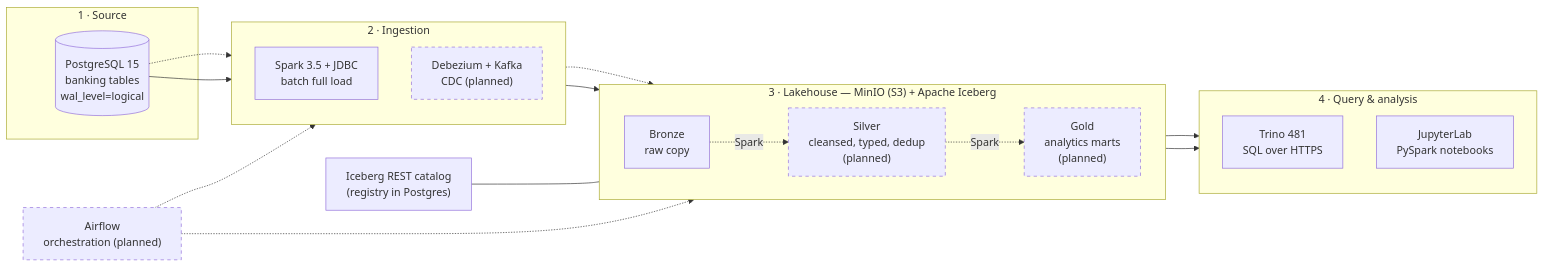
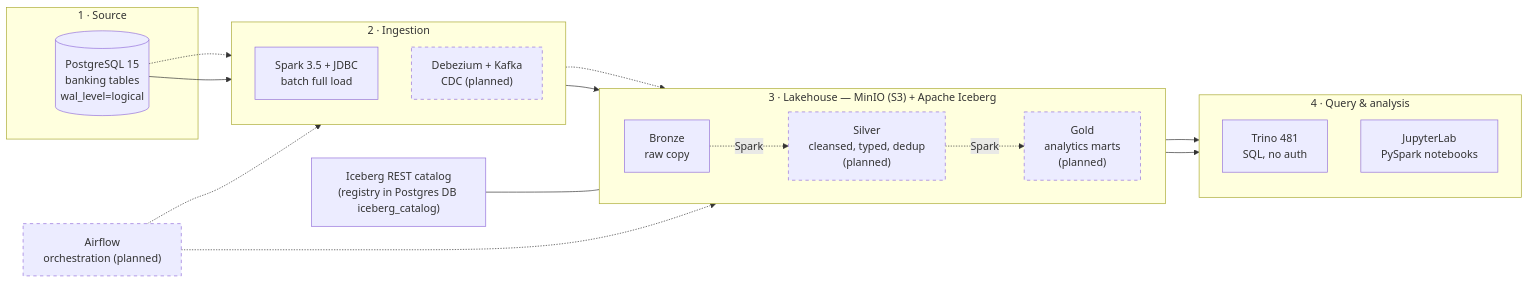
The diagram in README.md (NgocDung1997/LakeHouse_Banking), drawn with Mermaid before and after one commit. The commit also changed other lines of this file and 42 other files, not shown here.

````diff
--- a/README.md
+++ b/README.md
@@ -15,41 +15,41 @@
 ```mermaid
 flowchart LR
     subgraph SRC["1 · Source"]
         pg[("PostgreSQL 15<br/>banking tables<br/>wal_level=logical")]
     end
 
     subgraph ING["2 · Ingestion"]
         direction TB
         jdbc["Spark 3.5 + JDBC<br/>batch full load"]
         cdc["Debezium + Kafka<br/>CDC (planned)"]
     end
 
     subgraph LH["3 · Lakehouse — MinIO (S3) + Apache Iceberg"]
         direction LR
         brz["Bronze<br/>raw copy"]
         slv["Silver<br/>cleansed, typed, dedup<br/>(planned)"]
         gld["Gold<br/>analytics marts<br/>(planned)"]
         brz -.->|Spark| slv -.->|Spark| gld
     end
 
-    cat["Iceberg REST catalog<br/>(registry in Postgres)"]
+    cat["Iceberg REST catalog<br/>(registry in Postgres DB iceberg_catalog)"]
 
     subgraph SRV["4 · Query & analysis"]
         direction TB
-        trino["Trino 481<br/>SQL over HTTPS"]
+        trino["Trino 481<br/>SQL, no auth"]
         jup["JupyterLab<br/>PySpark notebooks"]
     end
 
     orch["Airflow<br/>orchestration (planned)"]
 
     pg --> jdbc --> brz
     pg -.-> cdc -.-> slv
     cat --- LH
     LH --> trino
     LH --> jup
     orch -.-> ING
     orch -.-> LH
 
     classDef planned stroke-dasharray: 5 5
     class cdc,slv,gld,orch planned
 ```
````
